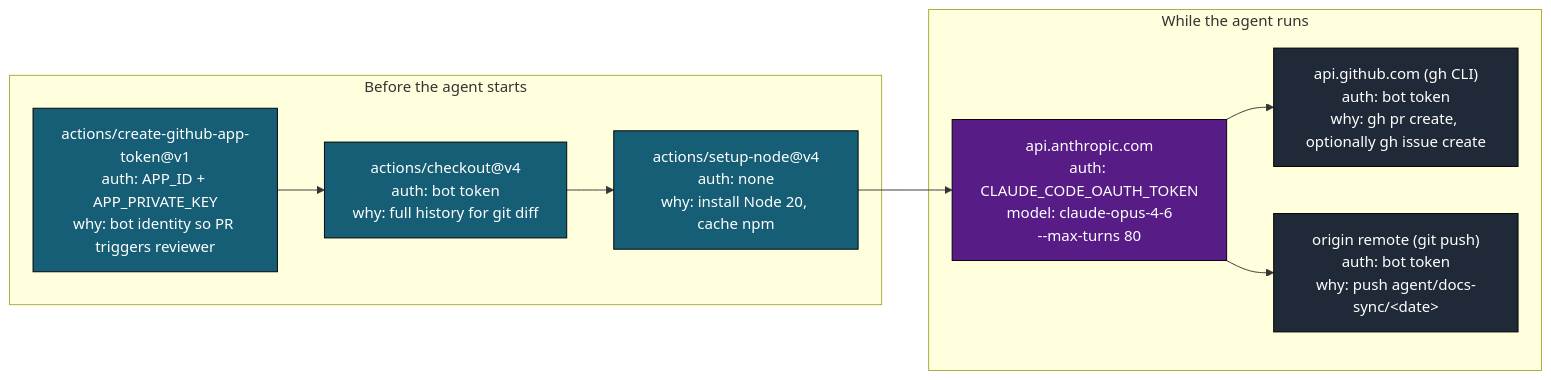
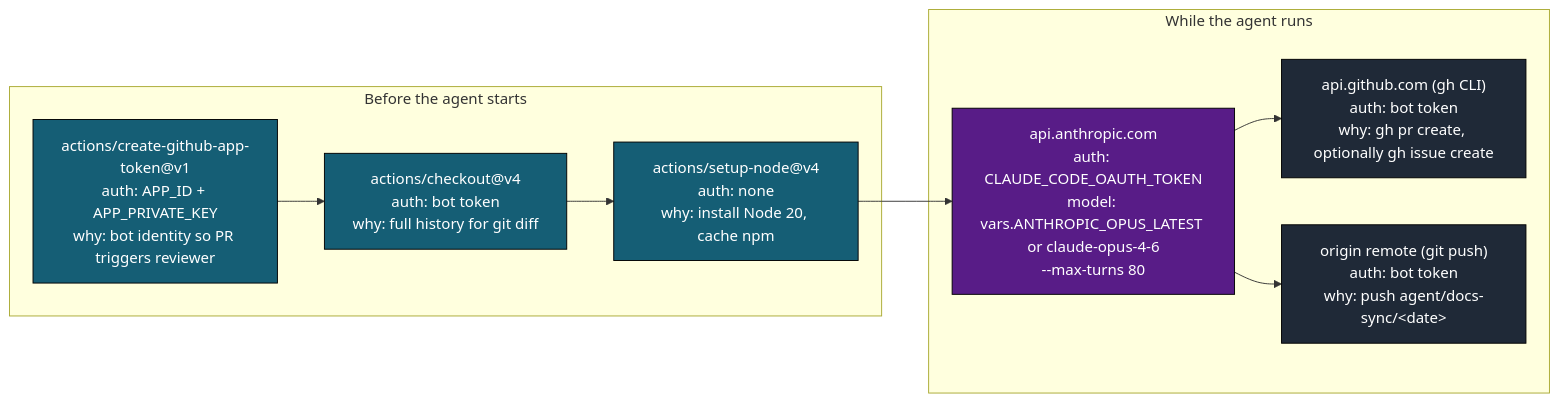
Before and after one commit to gregreindel/llm-exe: diagram 11 of 16 in .github/docs/DOCS_SYNC_DEEP_DIVE.md, drawn with Mermaid. The commit also changed other lines of this file and 7 other files, not shown here.

````diff
--- a/.github/docs/DOCS_SYNC_DEEP_DIVE.md
+++ b/.github/docs/DOCS_SYNC_DEEP_DIVE.md
@@ -430,21 +430,21 @@
 ```mermaid
 flowchart LR
     classDef pre fill:#155e75,color:#fff,stroke:#000
     classDef llm fill:#581c87,color:#fff,stroke:#000
     classDef gh fill:#1f2937,color:#fff,stroke:#000
 
     subgraph Pre["Before the agent starts"]
         c1["actions/create-github-app-token@v1\nauth: APP_ID + APP_PRIVATE_KEY\nwhy: bot identity so PR triggers reviewer"]:::pre
         c2["actions/checkout@v4\nauth: bot token\nwhy: full history for git diff"]:::pre
         c3["actions/setup-node@v4\nauth: none\nwhy: install Node 20, cache npm"]:::pre
     end
 
     subgraph During["While the agent runs"]
-        d1["api.anthropic.com\nauth: CLAUDE_CODE_OAUTH_TOKEN\nmodel: claude-opus-4-6\n--max-turns 80"]:::llm
+        d1["api.anthropic.com\nauth: CLAUDE_CODE_OAUTH_TOKEN\nmodel: vars.ANTHROPIC_OPUS_LATEST or claude-opus-4-6\n--max-turns 80"]:::llm
         d2["api.github.com (gh CLI)\nauth: bot token\nwhy: gh pr create, optionally gh issue create"]:::gh
         d3["origin remote (git push)\nauth: bot token\nwhy: push agent/docs-sync/&lt;date&gt;"]:::gh
     end
 
     c1 --> c2 --> c3 --> d1 --> d2
     d1 --> d3
 ```
````
